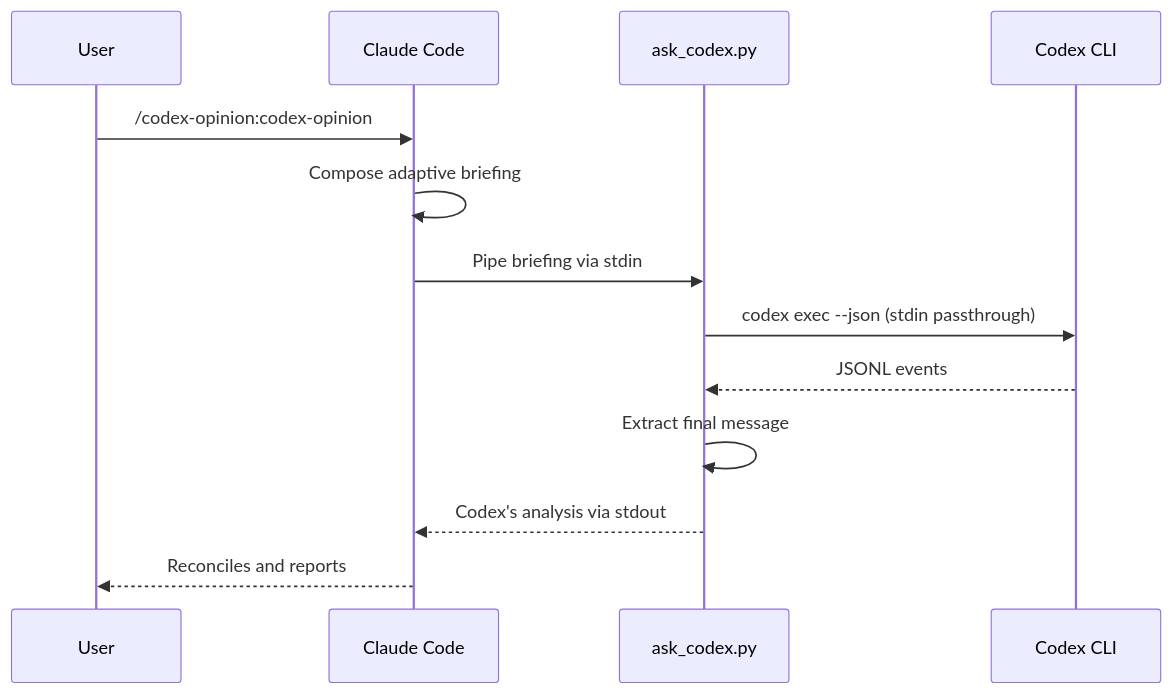
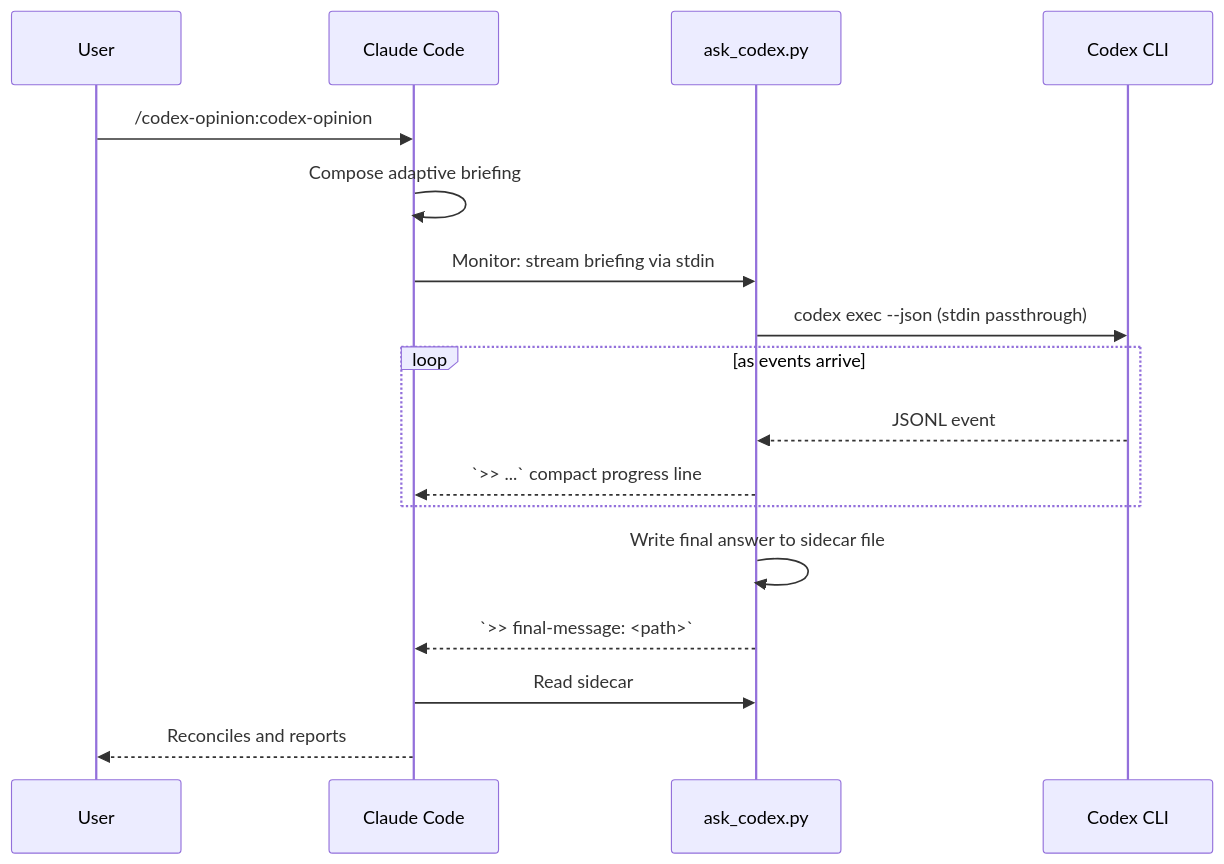
Before and after one commit to ehzawad/codex-opinion: the diagram in README.md, drawn with Mermaid. The commit also changed other lines of this file and 8 other files, not shown here.

````diff
--- a/README.md
+++ b/README.md
@@ -51,16 +51,20 @@
 ```mermaid
 sequenceDiagram
     participant U as User
     participant C as Claude Code
     participant S as ask_codex.py
     participant X as Codex CLI
 
     U->>C: /codex-opinion:codex-opinion
     C->>C: Compose adaptive briefing
-    C->>S: Pipe briefing via stdin
+    C->>S: Monitor: stream briefing via stdin
     S->>X: codex exec --json (stdin passthrough)
-    X-->>S: JSONL events
-    S->>S: Extract final message
-    S-->>C: Codex's analysis via stdout
+    loop as events arrive
+        X-->>S: JSONL event
+        S-->>C: `>> ...` compact progress line
+    end
+    S->>S: Write final answer to sidecar file
+    S-->>C: `>> final-message: <path>`
+    C->>S: Read sidecar
     C-->>U: Reconciles and reports
 ```
````
